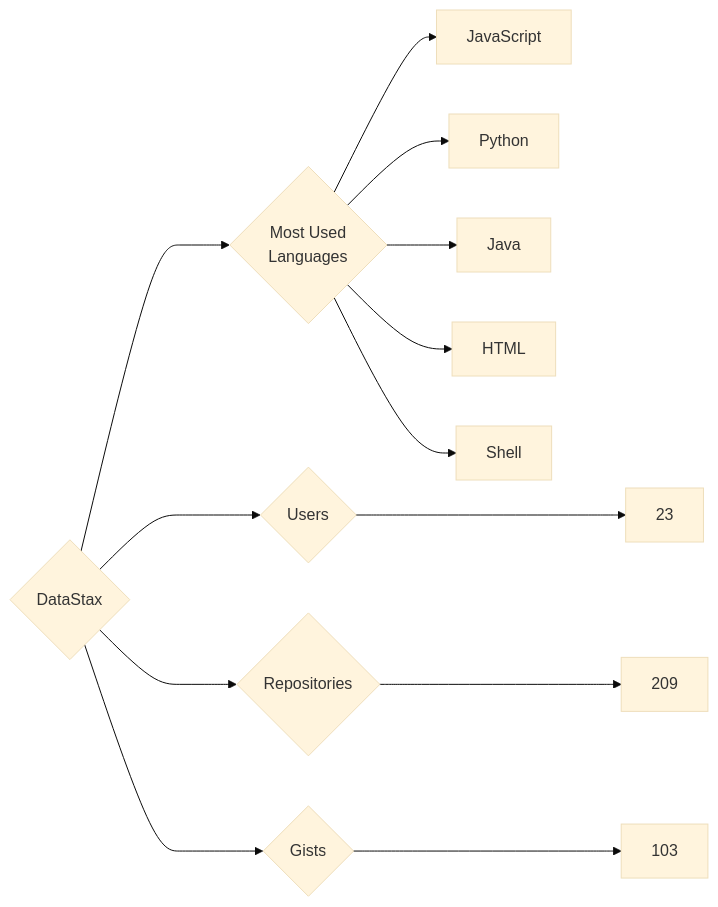
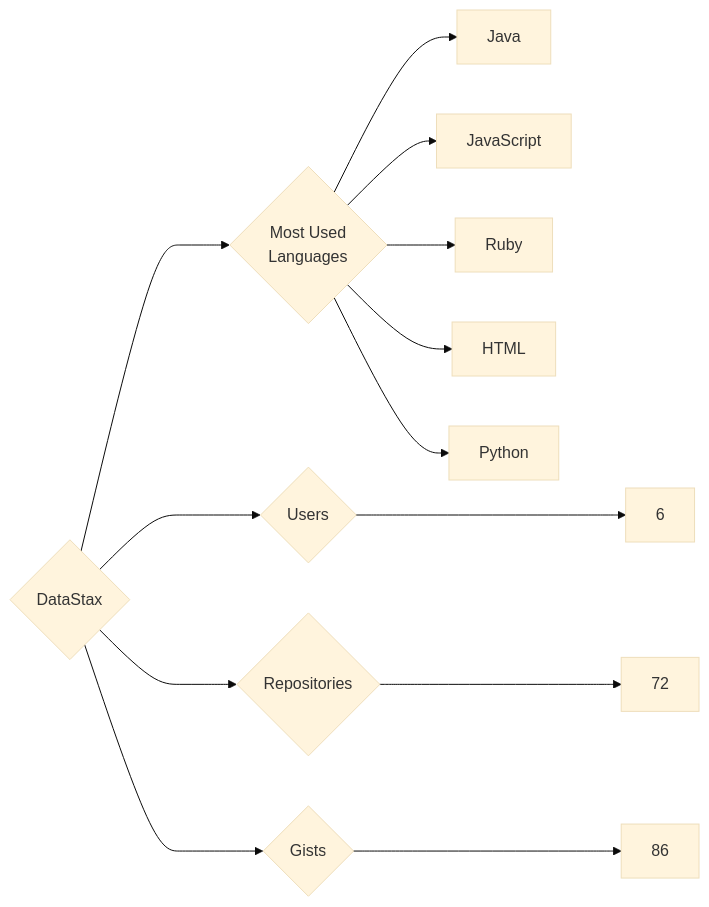
Before and after one commit to trickest/insiders: the diagram in targets/DataStax/README.md, drawn with Mermaid (base theme). The commit also changed 951 other files, not shown here.

````diff
--- a/targets/DataStax/README.md
+++ b/targets/DataStax/README.md
@@ -3,13 +3,13 @@
 ```mermaid
 graph LR
 COMPANY_NAME{DataStax}
-COMPANY_NAME ---> U{Users} ---> UN[23]
-COMPANY_NAME ---> R{Repositories} ---> RN[209]
-COMPANY_NAME ---> G{Gists} ---> GN[103]
+COMPANY_NAME ---> U{Users} ---> UN[6]
+COMPANY_NAME ---> R{Repositories} ---> RN[72]
+COMPANY_NAME ---> G{Gists} ---> GN[86]
 COMPANY_NAME ---> ML{Most Used<br>Languages}
+ML --> Java[Java]
 ML --> JavaScript[JavaScript]
+ML --> Ruby[Ruby]
+ML --> HTML[HTML]
 ML --> Python[Python]
-ML --> Java[Java]
-ML --> HTML[HTML]
-ML --> Shell[Shell]
 ```
````
